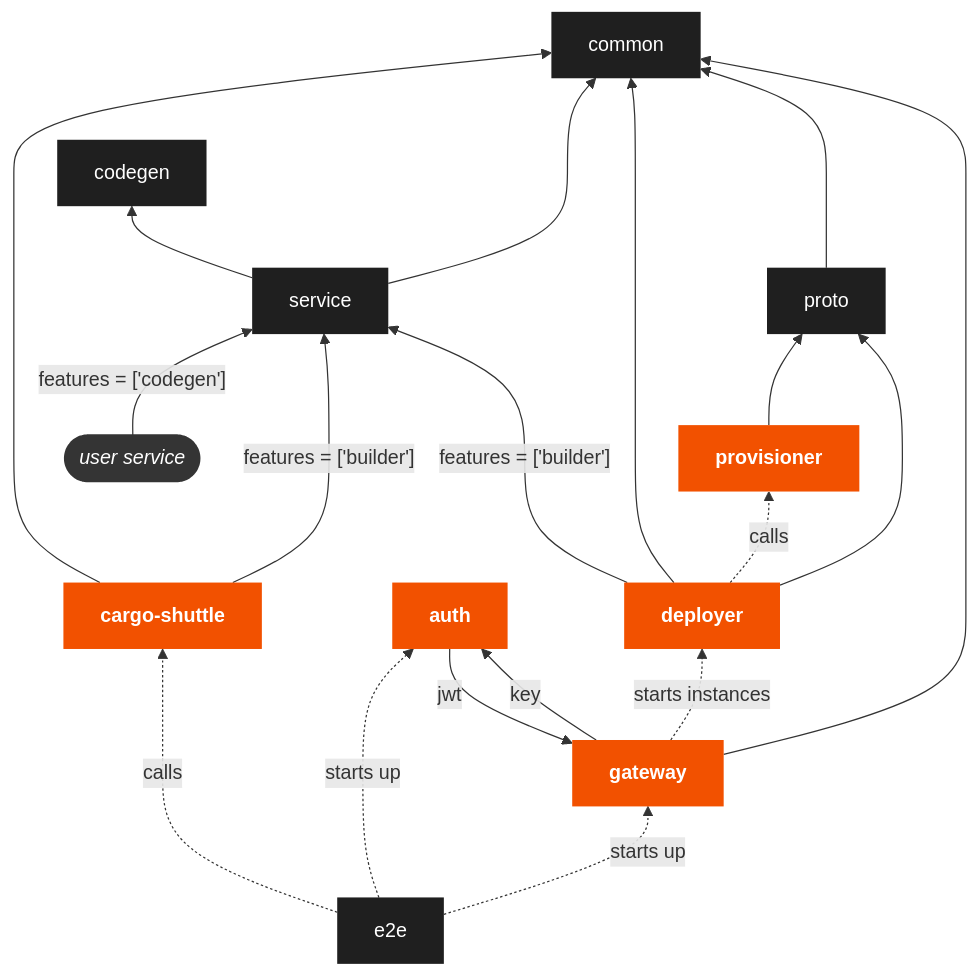
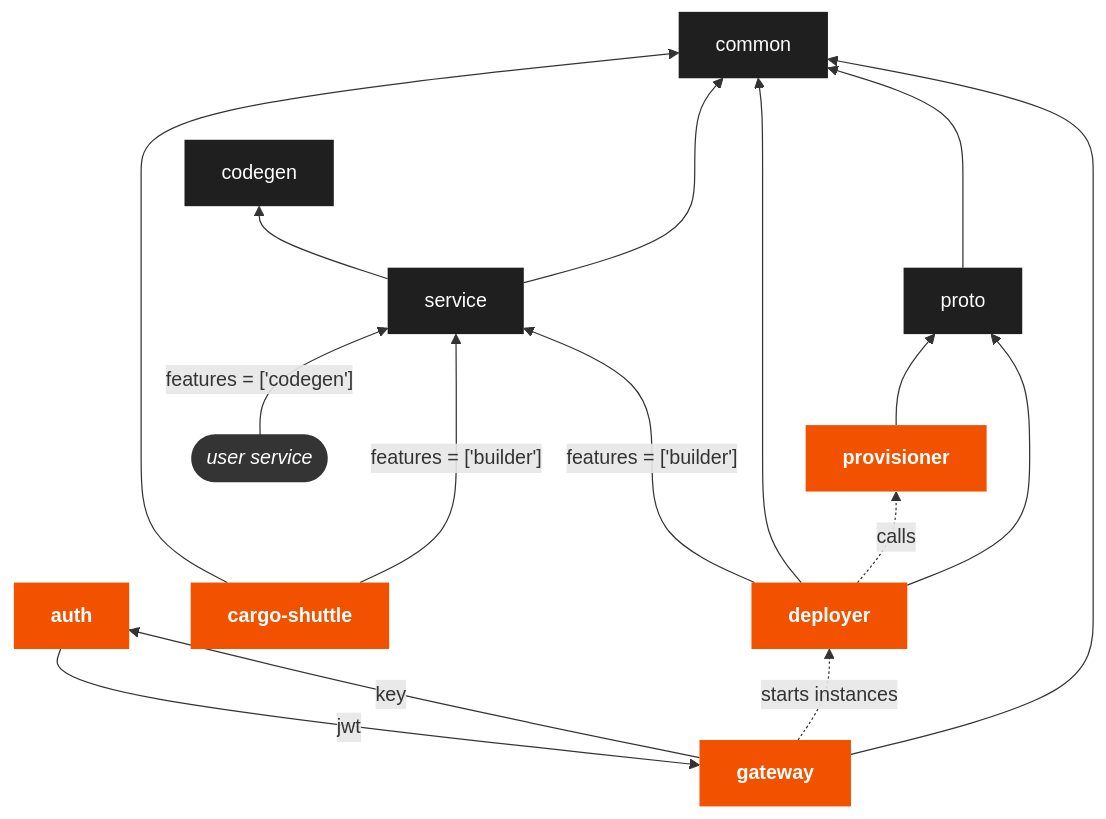
One commit to shuttle-hq/shuttle changed the diagram in DEVELOPING.md. Above: the diagram before and after it, drawn with Mermaid. The commit also changed other lines of this file and 18 other files, not shown here.

````diff
--- a/DEVELOPING.md
+++ b/DEVELOPING.md
@@ -13,36 +13,32 @@
 ```mermaid
 graph BT
     classDef default fill:#1f1f1f,stroke-width:0,color:white;
     classDef binary fill:#f25100,font-weight:bolder,stroke-width:0,color:white;
     classDef external fill:#343434,font-style:italic,stroke:#f25100,color:white;
 
     deployer:::binary
     cargo-shuttle:::binary
     common
     codegen
-    e2e
     proto
     provisioner:::binary
     service
     gateway:::binary
     auth:::binary
     user([user service]):::external
     gateway --> common
     gateway -.->|starts instances| deployer
     gateway -->|key| auth
     auth -->|jwt| gateway
     deployer --> proto
     deployer -.->|calls| provisioner
     service ---> common
     deployer --> common
     cargo-shuttle --->|"features = ['builder']"| service
     deployer -->|"features = ['builder']"| service
     cargo-shuttle --> common
     service --> codegen
     proto ---> common
     provisioner --> proto
-    e2e -.->|starts up| gateway
-    e2e -.->|starts up| auth
-    e2e -.->|calls| cargo-shuttle
     user -->|"features = ['codegen']"| service
 ```
````
